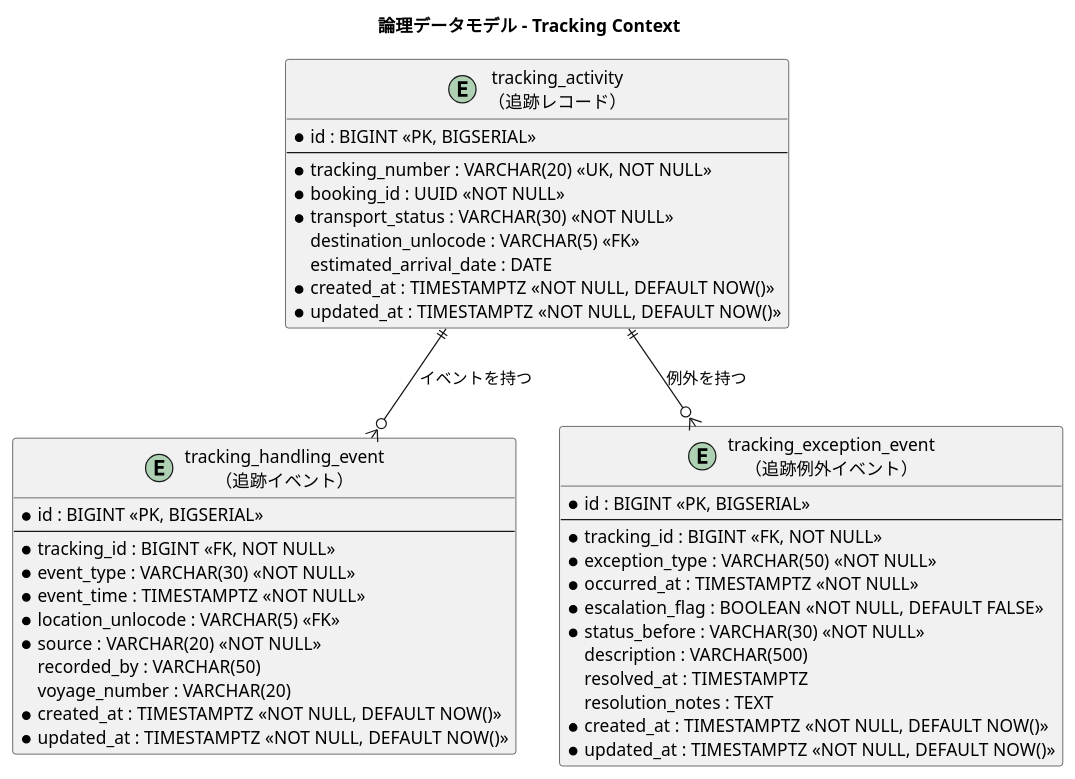
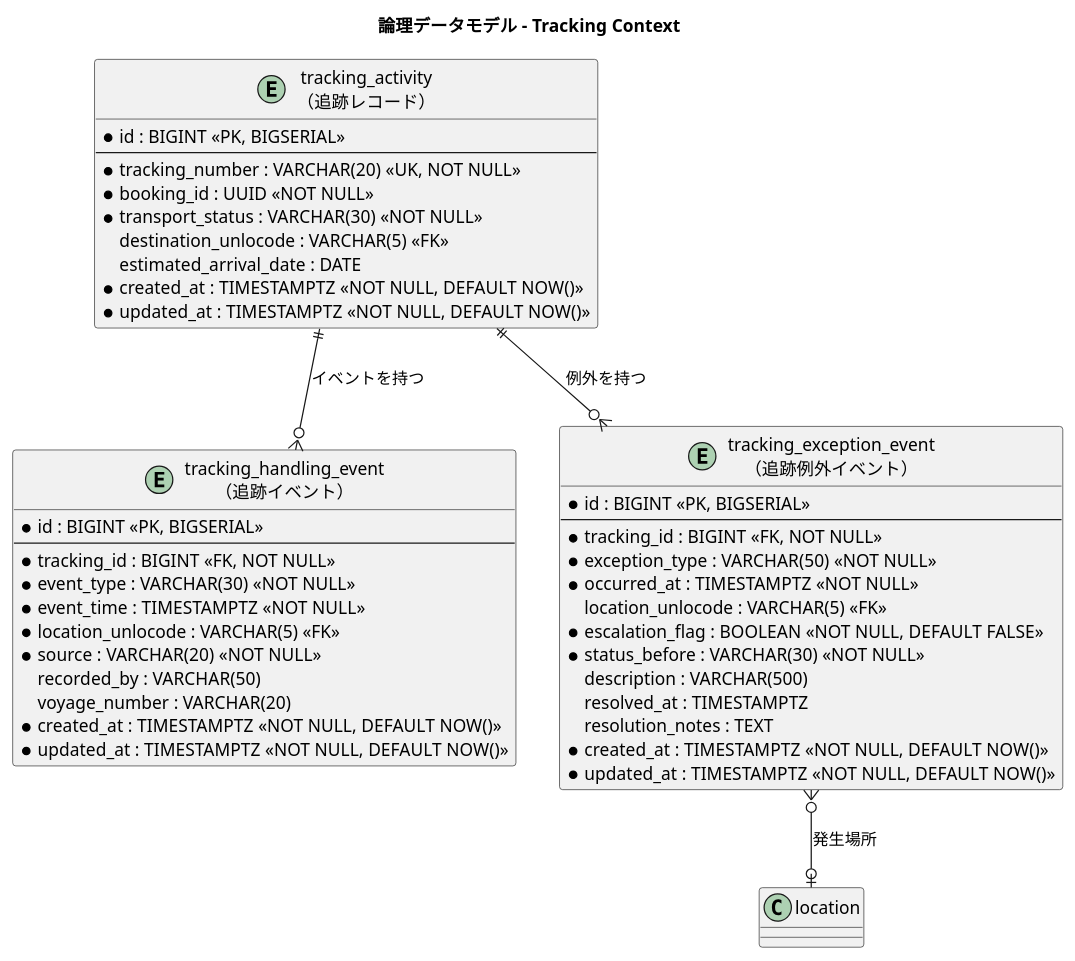
One commit to k2works/case-study-cargo-tracker changed the fifth of 9 diagrams in docs/design/data-model.md. Above: the diagram before and after it, drawn with PlantUML. The commit also changed other lines of this file and 3 other files, not shown here.

````diff
--- a/docs/design/data-model.md
+++ b/docs/design/data-model.md
@@ -454,50 +458,52 @@
 ```plantuml
 @startuml
 title 論理データモデル - Tracking Context
 
 entity "tracking_activity\n（追跡レコード）" as tracking_activity {
   * id : BIGINT <<PK, BIGSERIAL>>
   --
   * tracking_number : VARCHAR(20) <<UK, NOT NULL>>
   * booking_id : UUID <<NOT NULL>>
   * transport_status : VARCHAR(30) <<NOT NULL>>
   destination_unlocode : VARCHAR(5) <<FK>>
   estimated_arrival_date : DATE
   * created_at : TIMESTAMPTZ <<NOT NULL, DEFAULT NOW()>>
   * updated_at : TIMESTAMPTZ <<NOT NULL, DEFAULT NOW()>>
 }
 
 entity "tracking_handling_event\n（追跡イベント）" as tracking_handling_event {
   * id : BIGINT <<PK, BIGSERIAL>>
   --
   * tracking_id : BIGINT <<FK, NOT NULL>>
   * event_type : VARCHAR(30) <<NOT NULL>>
   * event_time : TIMESTAMPTZ <<NOT NULL>>
   * location_unlocode : VARCHAR(5) <<FK>>
   * source : VARCHAR(20) <<NOT NULL>>
   recorded_by : VARCHAR(50)
   voyage_number : VARCHAR(20)
   * created_at : TIMESTAMPTZ <<NOT NULL, DEFAULT NOW()>>
   * updated_at : TIMESTAMPTZ <<NOT NULL, DEFAULT NOW()>>
 }
 
 entity "tracking_exception_event\n（追跡例外イベント）" as tracking_exception_event {
   * id : BIGINT <<PK, BIGSERIAL>>
   --
   * tracking_id : BIGINT <<FK, NOT NULL>>
   * exception_type : VARCHAR(50) <<NOT NULL>>
   * occurred_at : TIMESTAMPTZ <<NOT NULL>>
+  location_unlocode : VARCHAR(5) <<FK>>
   * escalation_flag : BOOLEAN <<NOT NULL, DEFAULT FALSE>>
   * status_before : VARCHAR(30) <<NOT NULL>>
   description : VARCHAR(500)
   resolved_at : TIMESTAMPTZ
   resolution_notes : TEXT
   * created_at : TIMESTAMPTZ <<NOT NULL, DEFAULT NOW()>>
   * updated_at : TIMESTAMPTZ <<NOT NULL, DEFAULT NOW()>>
 }
 
 tracking_activity ||--o{ tracking_handling_event : "イベントを持つ"
 tracking_activity ||--o{ tracking_exception_event : "例外を持つ"
+tracking_exception_event }o--o| location : "発生場所"
 
 @enduml
 ```
````
